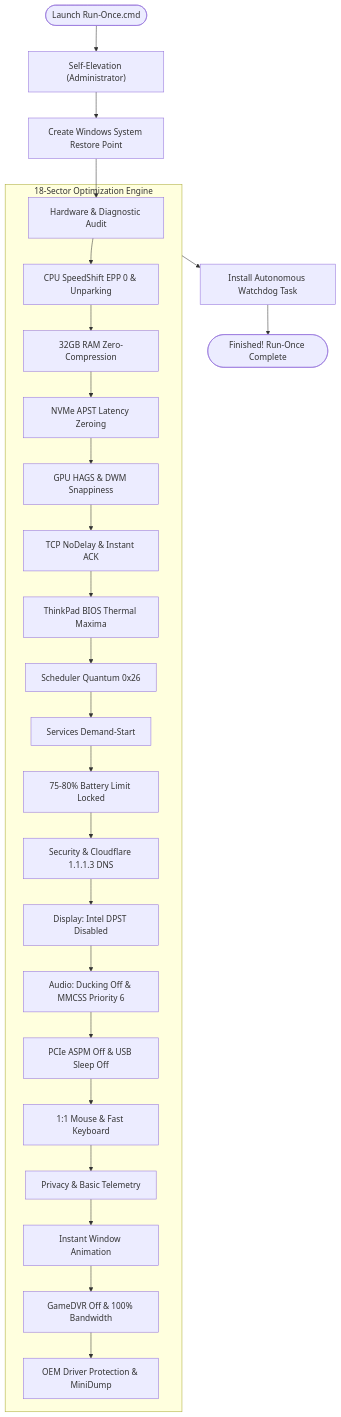
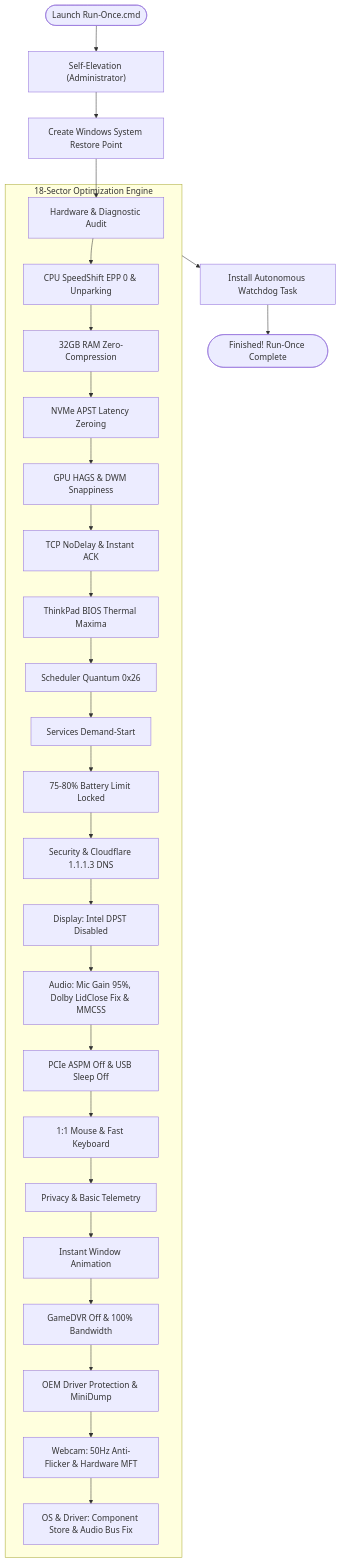
The first of 2 diagrams in README.md (ShoumikBalaSomu/Device-Base-Optimization), drawn with Mermaid before and after one commit. The commit also changed other lines of this file, not shown here.

Commit message:
docs: Update root README with 20-sector architecture and hardware fixes

````diff
--- a/README.md
+++ b/README.md
@@ -55,30 +52,32 @@
 ```mermaid
 flowchart TD
     Start(["Launch Run-Once.cmd"]) --> UAC["Self-Elevation (Administrator)"]
     UAC --> Restore["Create Windows System Restore Point"]
     Restore --> Audit["Hardware & Diagnostic Audit"]
     
     subgraph Execution ["18-Sector Optimization Engine"]
         Audit --> S1["CPU SpeedShift EPP 0 & Unparking"]
         S1 --> S2["32GB RAM Zero-Compression"]
         S2 --> S3["NVMe APST Latency Zeroing"]
         S3 --> S4["GPU HAGS & DWM Snappiness"]
         S4 --> S5["TCP NoDelay & Instant ACK"]
         S5 --> S6["ThinkPad BIOS Thermal Maxima"]
         S6 --> S7["Scheduler Quantum 0x26"]
         S7 --> S8["Services Demand-Start"]
         S8 --> S9["75-80% Battery Limit Locked"]
         S9 --> S10["Security & Cloudflare 1.1.1.3 DNS"]
         S10 --> S11["Display: Intel DPST Disabled"]
-        S11 --> S12["Audio: Ducking Off & MMCSS Priority 6"]
+        S11 --> S12["Audio: Mic Gain 95%, Dolby LidClose Fix & MMCSS"]
         S12 --> S13["PCIe ASPM Off & USB Sleep Off"]
         S13 --> S14["1:1 Mouse & Fast Keyboard"]
         S14 --> S15["Privacy & Basic Telemetry"]
         S15 --> S16["Instant Window Animation"]
         S16 --> S17["GameDVR Off & 100% Bandwidth"]
         S17 --> S18["OEM Driver Protection & MiniDump"]
+        S18 --> S19["Webcam: 50Hz Anti-Flicker & Hardware MFT"]
+        S19 --> S20["OS & Driver: Component Store & Audio Bus Fix"]
     end
     
     Execution --> Watchdog["Install Autonomous Watchdog Task"]
     Watchdog --> Complete(["Finished! Run-Once Complete"])
 ```
````
